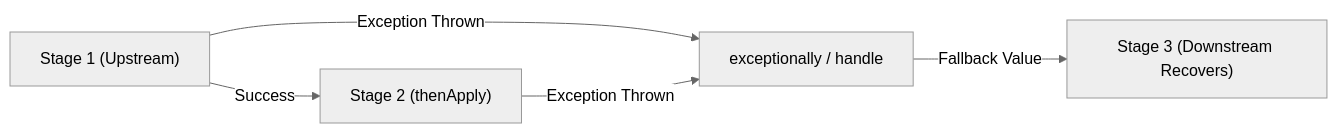
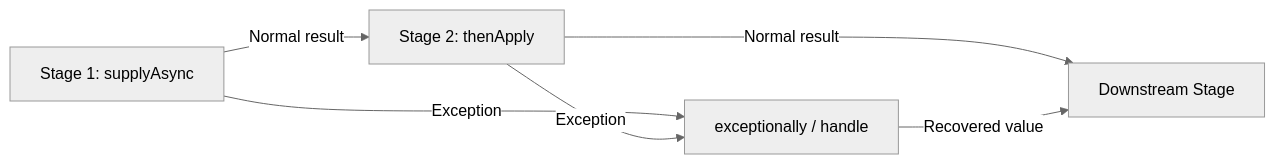
One commit to ravishankar2463/java_hub changed the third of 3 diagrams in content/roadmap/level-5/asynchronous-programming.md. Above: the diagram before and after it, drawn with Mermaid (neutral theme). The commit also changed other lines of this file and 119 other files, not shown here.

Commit message:
feat: add comprehensive java learning roadmap content across multiple levels

````diff
--- a/content/roadmap/level-5/asynchronous-programming.md
+++ b/content/roadmap/level-5/asynchronous-programming.md
@@ -240,7 +340,8 @@
 ```mermaid
 flowchart LR
-    A["Stage 1 (Upstream)"] -->|Success| B["Stage 2 (thenApply)"]
-    A -->|Exception Thrown| C["exceptionally / handle"]
-    B -->|Exception Thrown| C
-    C -->|Fallback Value| D["Stage 3 (Downstream Recovers)"]
+    s1["Stage 1: supplyAsync"] -->|"Normal result"| s2["Stage 2: thenApply"]
+    s1 -->|"Exception"| rec["exceptionally / handle"]
+    s2 -->|"Exception"| rec
+    s2 -->|"Normal result"| done["Downstream Stage"]
+    rec -->|"Recovered value"| done
 ```
````
